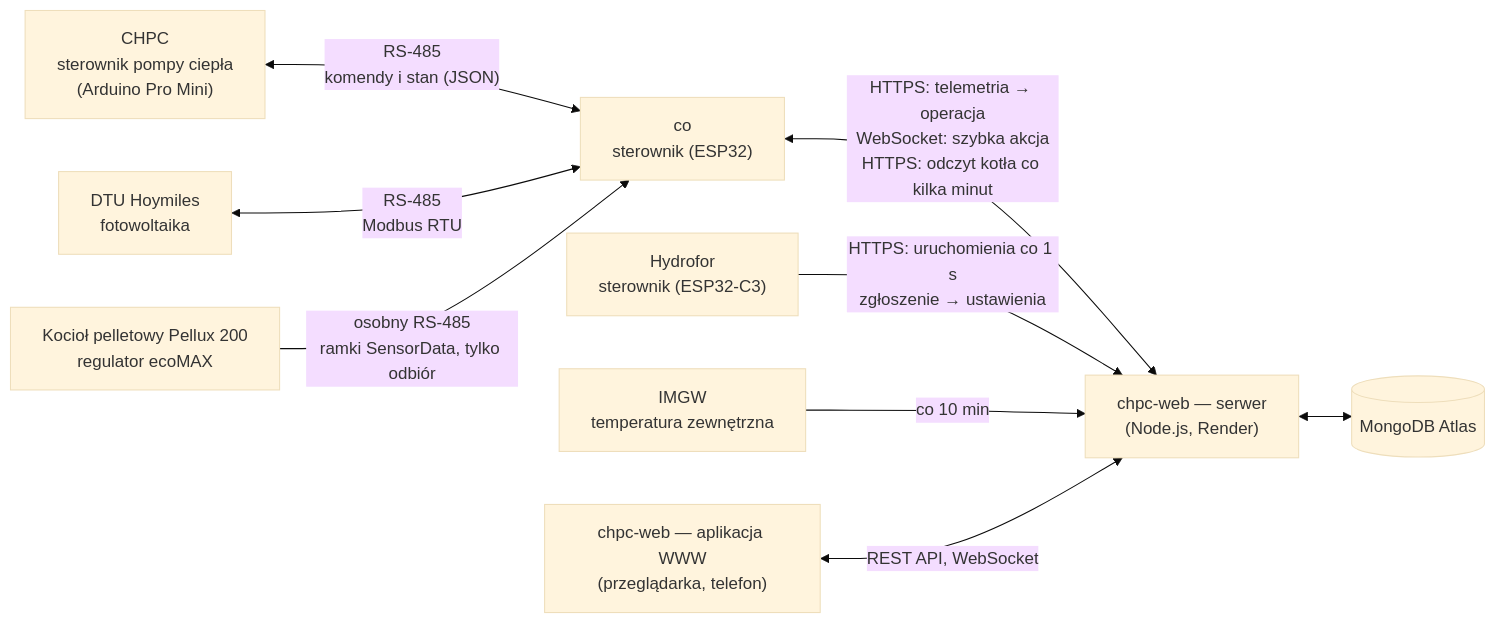
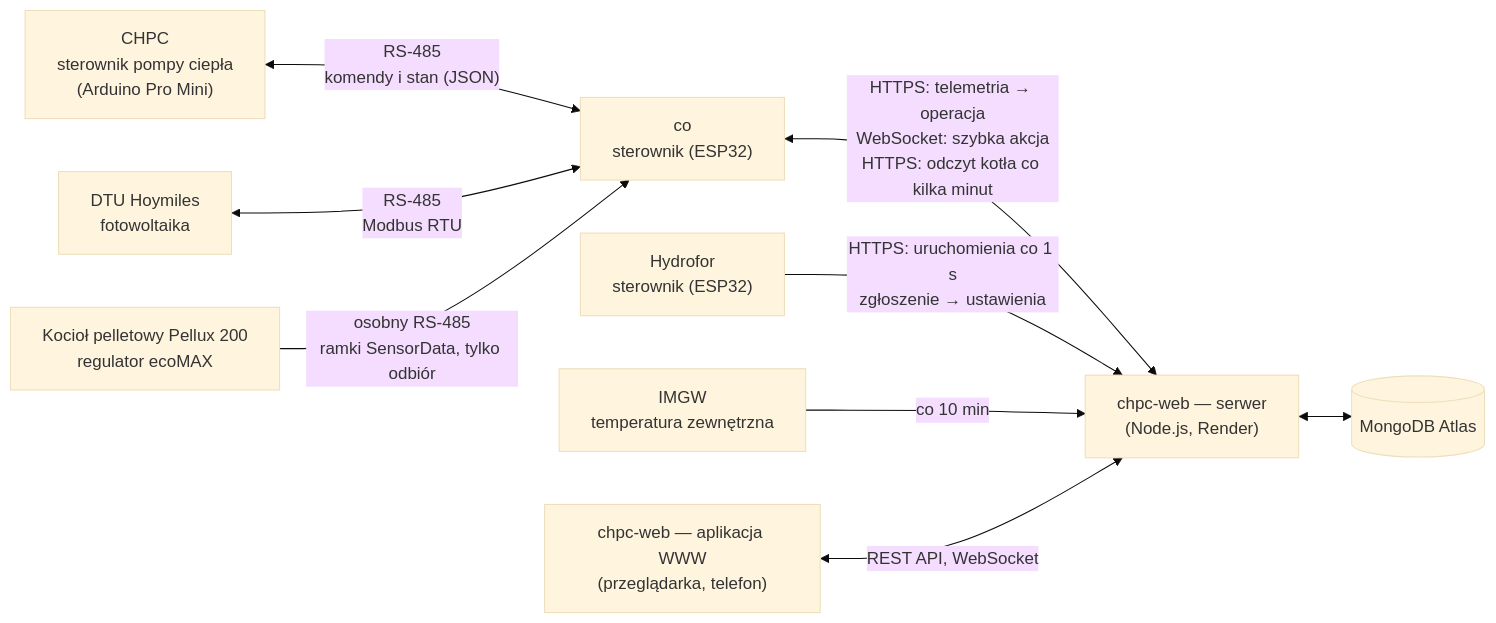
The diagram in docs/README.md (robertorlowski/chpc-web), drawn with Mermaid (base theme) before and after one commit. The commit also changed other lines of this file and 53 other files, not shown here.

````diff
--- a/docs/README.md
+++ b/docs/README.md
@@ -16,21 +16,21 @@
 ```mermaid
 flowchart LR
     CHPC["CHPC<br/>sterownik pompy ciepła<br/>(Arduino Pro Mini)"]
     DTU["DTU Hoymiles<br/>fotowoltaika"]
     CO["co<br/>sterownik (ESP32)"]
     ECO["Kocioł pelletowy Pellux 200<br/>regulator ecoMAX"]
-    HYD["Hydrofor<br/>sterownik (ESP32-C3)"]
+    HYD["Hydrofor<br/>sterownik (ESP32)"]
     SRV["chpc-web — serwer<br/>(Node.js, Render)"]
     DB[("MongoDB Atlas")]
     WEB["chpc-web — aplikacja WWW<br/>(przeglądarka, telefon)"]
     IMGW["IMGW<br/>temperatura zewnętrzna"]
 
     CHPC <-- "RS-485<br/>komendy i stan (JSON)" --> CO
     DTU <-- "RS-485<br/>Modbus RTU" --> CO
     ECO -- "osobny RS-485<br/>ramki SensorData, tylko odbiór" --> CO
     CO <-- "HTTPS: telemetria → operacja<br/>WebSocket: szybka akcja<br/>HTTPS: odczyt kotła co kilka minut" --> SRV
     HYD -- "HTTPS: uruchomienia co 1 s<br/>zgłoszenie → ustawienia" --> SRV
     IMGW -- "co 10 min" --> SRV
     SRV <--> DB
     WEB <-- "REST API, WebSocket" --> SRV
 ```
````
